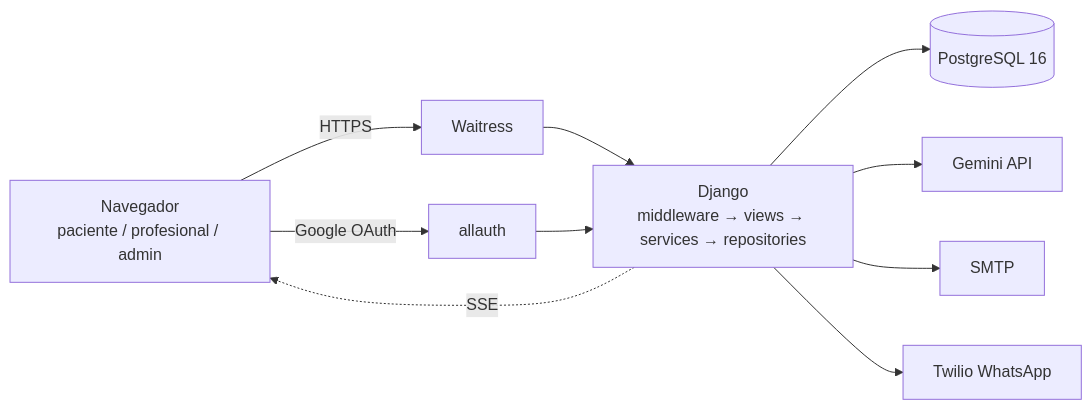
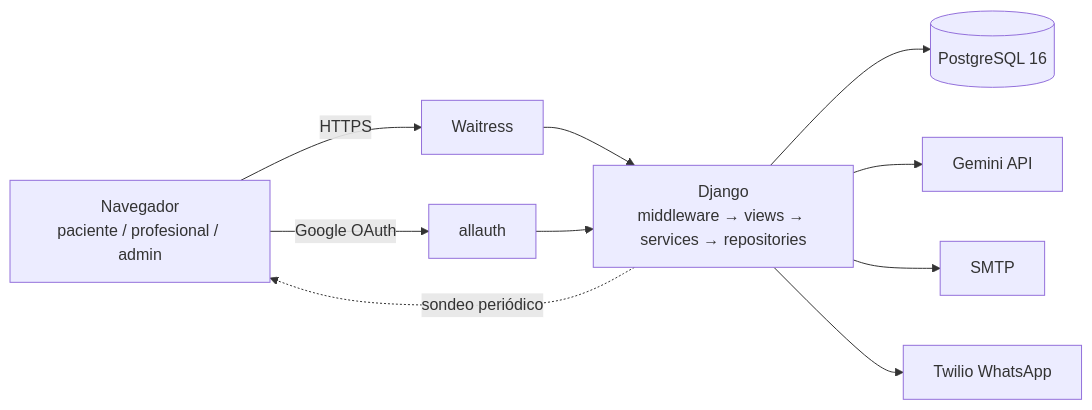
Before and after one commit to ArleyRojo/PsyAI-Connect: the first of 5 diagrams in docs/architecture.md, drawn with Mermaid. The commit also changed other lines of this file and 11 other files, not shown here.

````diff
--- a/docs/architecture.md
+++ b/docs/architecture.md
@@ -19,12 +19,12 @@
 ```mermaid
 flowchart LR
     U[Navegador<br/>paciente / profesional / admin] -->|HTTPS| W[Waitress]
     W --> D[Django<br/>middleware → views → services → repositories]
     D --> DB[(PostgreSQL 16)]
     D --> G[Gemini API]
     D --> M[SMTP]
     D --> T[Twilio WhatsApp]
     U -->|Google OAuth| A[allauth]
     A --> D
-    D -.->|SSE| U
+    D -.->|sondeo periódico| U
 ```
````
